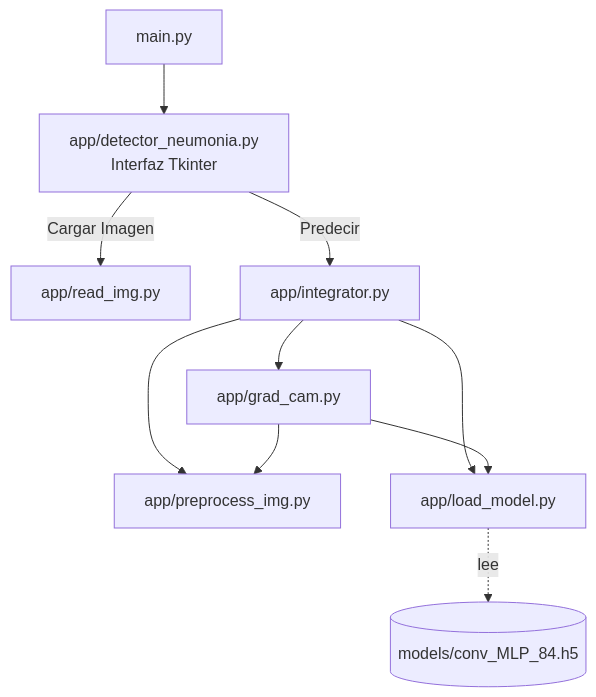
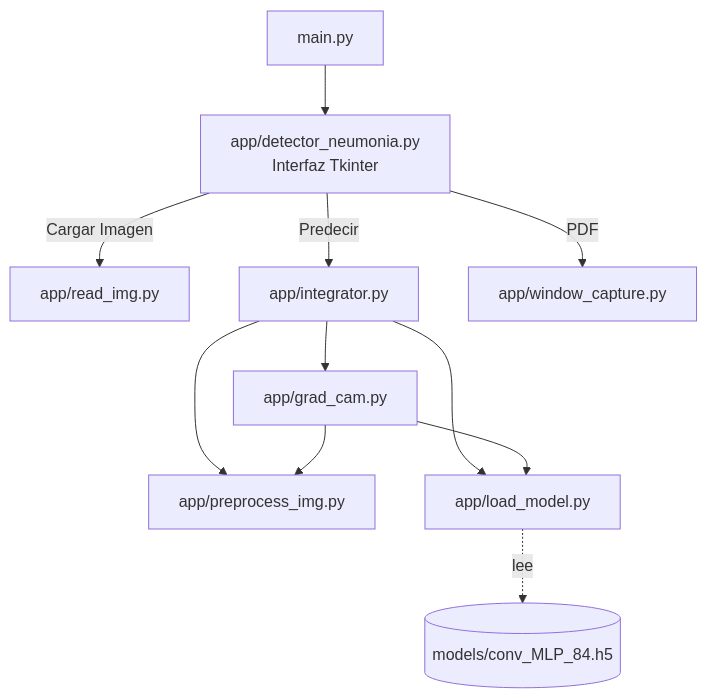
The diagram in README.md (milton329/UAO-Neumonia), drawn with Mermaid before and after one commit. The commit also changed other lines of this file, not shown here.

First line of the commit message:
docs: documenta app/window_capture.py y el fix de captura de PDF

````diff
--- a/README.md
+++ b/README.md
@@ -47,12 +47,13 @@
 ```mermaid
 flowchart TD
     main[main.py] --> gui["app/detector_neumonia.py<br/>Interfaz Tkinter"]
     gui -->|Cargar Imagen| read[app/read_img.py]
     gui -->|Predecir| integ[app/integrator.py]
     integ --> prep[app/preprocess_img.py]
     integ --> model[app/load_model.py]
     integ --> gc[app/grad_cam.py]
     gc --> prep
     gc --> model
     model -.lee.-> h5[("models/conv_MLP_84.h5")]
+    gui -->|PDF| cap[app/window_capture.py]
 ```
````
